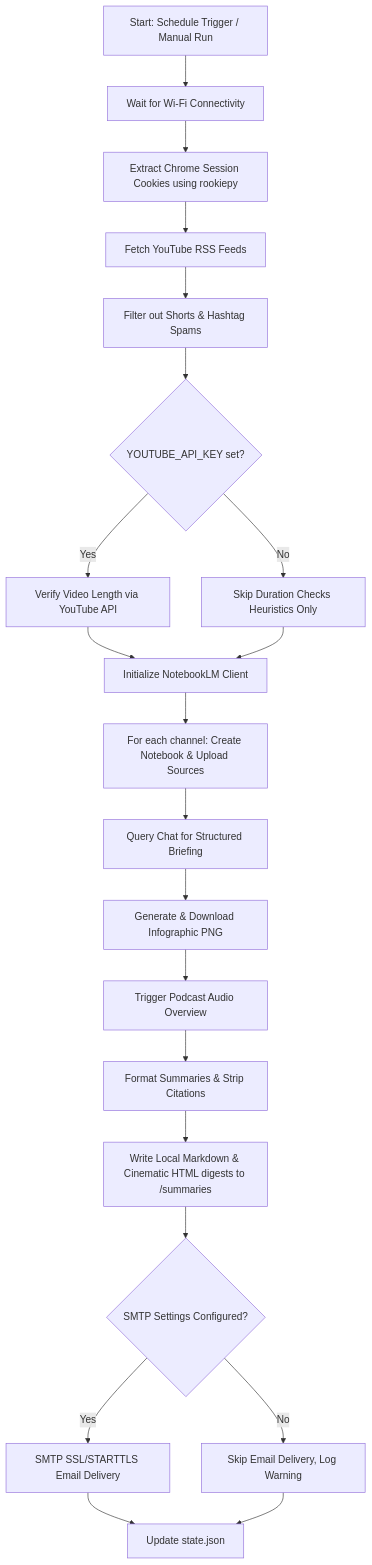
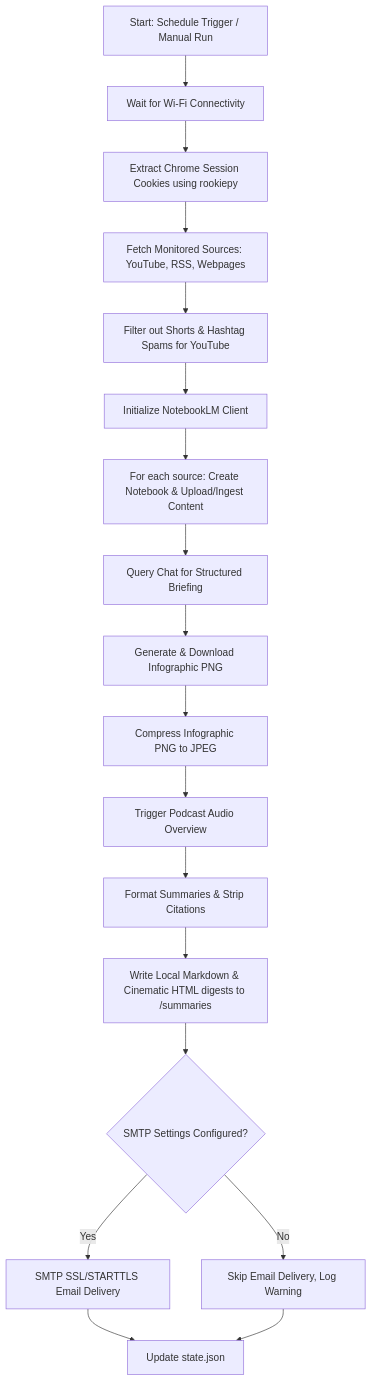
One commit to vkr1729/TubeLM changed the diagram in README.md. Above: the diagram before and after it, drawn with Mermaid. The commit also changed other lines of this file and 47 other files, not shown here.

First line of the commit message:
feat: implement multi-source pipeline (YouTube, RSS, Webpages) & infographic compression

````diff
--- a/README.md
+++ b/README.md
@@ -263,23 +284,20 @@
 ```mermaid
 graph TD
     A[Start: Schedule Trigger / Manual Run] --> B[Wait for Wi-Fi Connectivity]
     B --> C[Extract Chrome Session Cookies using rookiepy]
-    C --> D[Fetch YouTube RSS Feeds]
-    D --> E[Filter out Shorts & Hashtag Spams]
-    E --> F{YOUTUBE_API_KEY set?}
-    F -- Yes --> G[Verify Video Length via YouTube API]
-    F -- No --> H[Skip Duration Checks Heuristics Only]
-    G --> I[Initialize NotebookLM Client]
-    H --> I
-    I --> J[For each channel: Create Notebook & Upload Sources]
-    J --> K[Query Chat for Structured Briefing]
-    K --> L[Generate & Download Infographic PNG]
-    L --> M[Trigger Podcast Audio Overview]
-    M --> N[Format Summaries & Strip Citations]
-    N --> O[Write Local Markdown & Cinematic HTML digests to /summaries]
-    O --> P{SMTP Settings Configured?}
-    P -- Yes --> Q[SMTP SSL/STARTTLS Email Delivery]
-    P -- No --> R[Skip Email Delivery, Log Warning]
-    Q --> S[Update state.json]
-    R --> S[Update state.json]
+    C --> D[Fetch Monitored Sources: YouTube, RSS, Webpages]
+    D --> E[Filter out Shorts & Hashtag Spams for YouTube]
+    E --> F[Initialize NotebookLM Client]
+    F --> G[For each source: Create Notebook & Upload/Ingest Content]
+    G --> H[Query Chat for Structured Briefing]
+    H --> I[Generate & Download Infographic PNG]
+    I --> J[Compress Infographic PNG to JPEG]
+    J --> K[Trigger Podcast Audio Overview]
+    K --> L[Format Summaries & Strip Citations]
+    L --> M[Write Local Markdown & Cinematic HTML digests to /summaries]
+    M --> N{SMTP Settings Configured?}
+    N -- Yes --> O[SMTP SSL/STARTTLS Email Delivery]
+    N -- No --> P[Skip Email Delivery, Log Warning]
+    O --> Q[Update state.json]
+    P --> Q[Update state.json]
 ```
````
